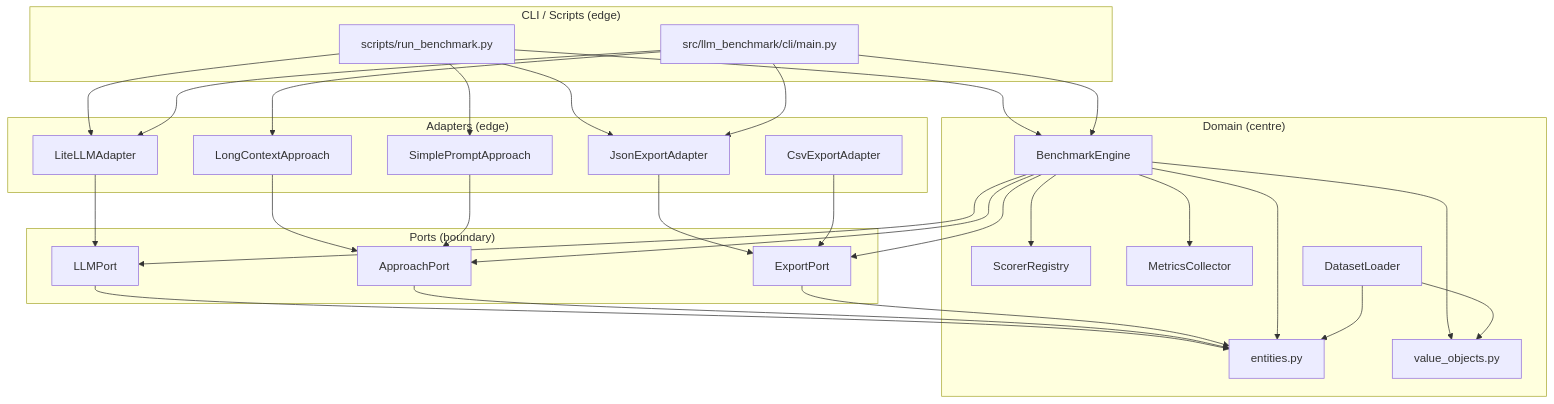
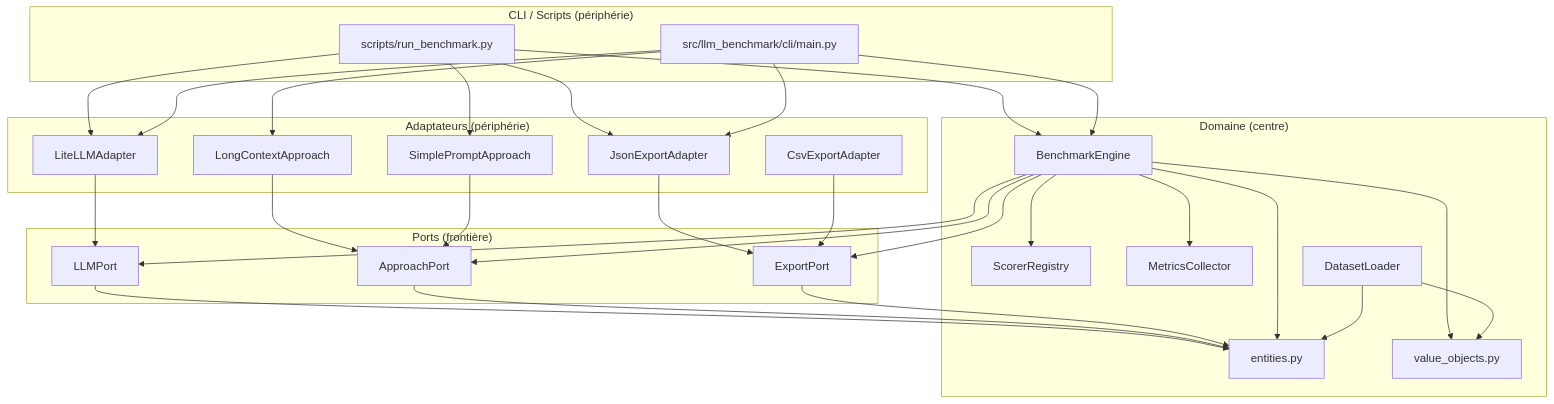
The diagram in docs/architecture.md (tomboulier/antibioprophylaxie-LLM-benchmark), drawn with Mermaid before and after one commit. The commit also changed other lines of this file, not shown here.

First line of the commit message:
refactor(bmad): homogénéise la langue du document d'architecture

````diff
--- a/docs/architecture.md
+++ b/docs/architecture.md
@@ -13,60 +12,60 @@
 ```mermaid
 graph TD
-    subgraph CLI ["CLI / Scripts (edge)"]
+    subgraph CLI ["CLI / Scripts (périphérie)"]
         S[scripts/run_benchmark.py]
         C[src/llm_benchmark/cli/main.py]
     end
 
-    subgraph Adapters ["Adapters (edge)"]
+    subgraph Adapters ["Adaptateurs (périphérie)"]
         LA[LiteLLMAdapter]
         LCA[LongContextApproach]
         SPA[SimplePromptApproach]
         JEA[JsonExportAdapter]
         CEA[CsvExportAdapter]
     end
 
-    subgraph Ports ["Ports (boundary)"]
+    subgraph Ports ["Ports (frontière)"]
         LP[LLMPort]
         AP[ApproachPort]
         EP[ExportPort]
     end
 
-    subgraph Domain ["Domain (centre)"]
+    subgraph Domain ["Domaine (centre)"]
         BE[BenchmarkEngine]
         SR[ScorerRegistry]
         MC[MetricsCollector]
         DL[DatasetLoader]
         EN[entities.py]
         VO[value_objects.py]
     end
 
     S --> LA
     S --> SPA
     S --> BE
     S --> JEA
     C --> LA
     C --> LCA
     C --> BE
     C --> JEA
 
     LA --> LP
     LCA --> AP
     SPA --> AP
     JEA --> EP
     CEA --> EP
 
     LP --> EN
     AP --> EN
     EP --> EN
 
     BE --> LP
     BE --> AP
     BE --> EP
     BE --> SR
     BE --> MC
     BE --> EN
     BE --> VO
 
     DL --> EN
     DL --> VO
 ```
````
